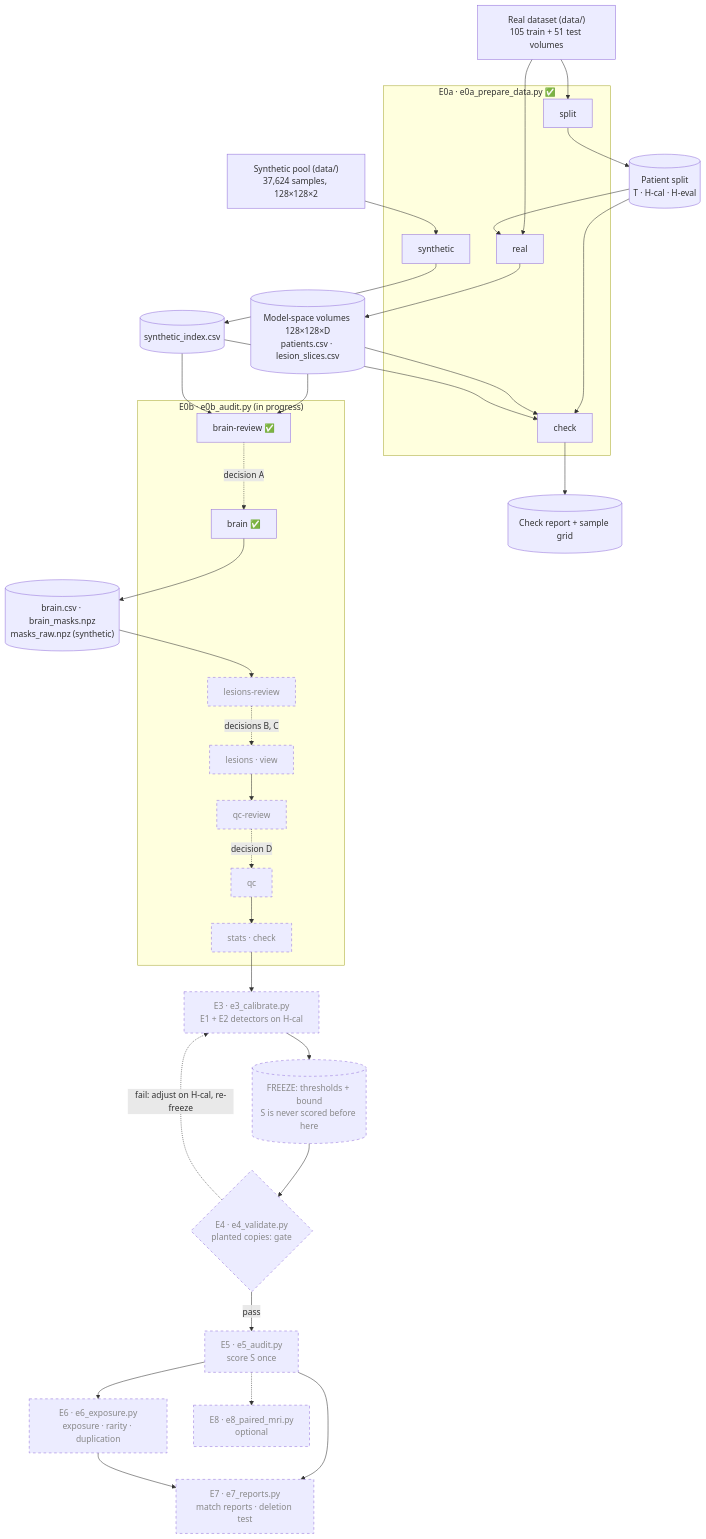
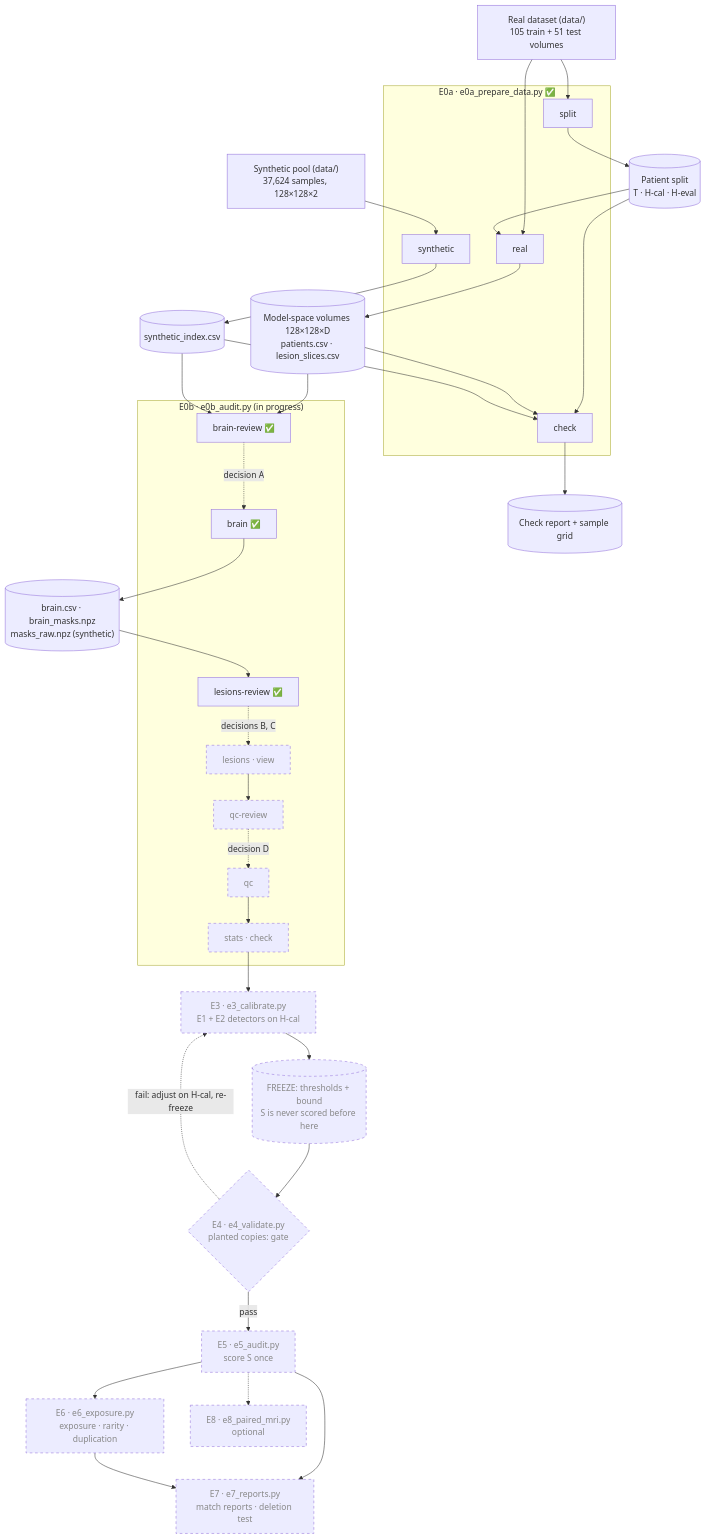
Before and after one commit to mattia3003/MT_project: the first of 2 diagrams in docs/architecture.md, drawn with Mermaid. The commit also changed other lines of this file and 20 other files, not shown here.

````diff
--- a/docs/architecture.md
+++ b/docs/architecture.md
@@ -24,58 +24,58 @@
 ```mermaid
 flowchart TD
     RAW["Real dataset (data/)<br/>105 train + 51 test volumes"]
     POOL["Synthetic pool (data/)<br/>37,624 samples, 128×128×2"]
 
     subgraph E0A["E0a · e0a_prepare_data.py ✅"]
         SPLIT["split"]
         REAL["real"]
         SYN["synthetic"]
         CHECK["check"]
     end
 
     SPLITCSV[("Patient split<br/>T · H-cal · H-eval")]
     VOLS[("Model-space volumes 128×128×D<br/>patients.csv · lesion_slices.csv")]
     INDEX[("synthetic_index.csv")]
     REPORT[("Check report + sample grid")]
 
     RAW --> SPLIT --> SPLITCSV
     RAW --> REAL
     SPLITCSV --> REAL --> VOLS
     POOL --> SYN --> INDEX
     SPLITCSV & VOLS & INDEX --> CHECK --> REPORT
 
     subgraph E0B["E0b · e0b_audit.py (in progress)"]
         BREV["brain-review ✅"]
         BRAIN["brain ✅"]
-        LREV["lesions-review"]:::planned
+        LREV["lesions-review ✅"]
         LES["lesions · view"]:::planned
         QREV["qc-review"]:::planned
         QC["qc"]:::planned
         STATS["stats · check"]:::planned
     end
     BREV -.->|"decision A"| BRAIN
     BRAINOUT[("brain.csv · brain_masks.npz<br/>masks_raw.npz (synthetic)")]
     BRAIN --> BRAINOUT --> LREV
     LREV -.->|"decisions B, C"| LES
     LES --> QREV
     QREV -.->|"decision D"| QC
     QC --> STATS
 
     E3["E3 · e3_calibrate.py<br/>E1 + E2 detectors on H-cal"]:::planned
     FROZEN[("FREEZE: thresholds + bound<br/>S is never scored before here")]:::planned
     E4{"E4 · e4_validate.py<br/>planted copies: gate"}:::planned
     E5["E5 · e5_audit.py<br/>score S once"]:::planned
     E6["E6 · e6_exposure.py<br/>exposure · rarity · duplication"]:::planned
     E7["E7 · e7_reports.py<br/>match reports · deletion test"]:::planned
     E8["E8 · e8_paired_mri.py<br/>optional"]:::planned
 
     VOLS & INDEX --> BREV
     STATS --> E3 --> FROZEN --> E4
     E4 -->|pass| E5
     E4 -.->|"fail: adjust on H-cal, re-freeze"| E3
     E5 --> E6 & E7
     E6 --> E7
     E5 -.-> E8
 
     classDef planned stroke-dasharray: 5 5,color:#888
 ```
````
